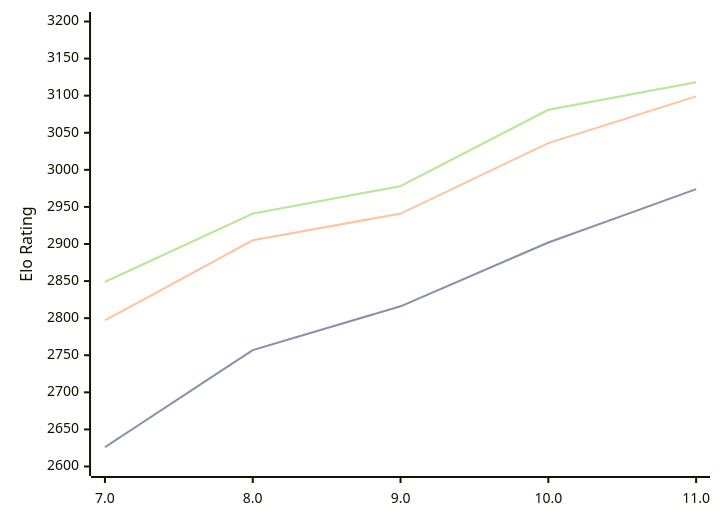
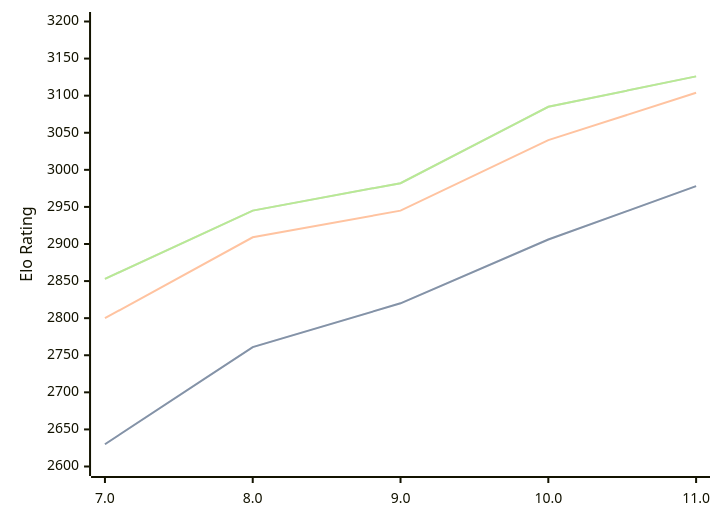
Before and after one commit to computer-chess-index/cci: the diagram in engines/Tcheran.md, drawn with Mermaid. The commit also changed other lines of this file, not shown here.

Commit message:
Update CCI Ratings (ELO VLTC) - 2026-02-24

````diff
--- a/engines/Tcheran.md
+++ b/engines/Tcheran.md
@@ -46,11 +46,11 @@
 ```mermaid
 %%{init: {"theme":"base","themeVariables":{"seriesColors:['#a3a3a3','#222221','#faa371']}}}%%
 xychart-beta
   x-axis ["7.0", "8.0", "9.0", "10.0", "11.0"]
   y-axis "Elo Rating" 2600 --> 3200
-  line "STC (8.0+0.08s)" [2626, 2757, 2816, 2902, 2974]
-  line "STC (8.0+0.08s)" [2626, 2757, 2816, 2902, 2974]
-  line "LTC (60.0+0.60s)" [2797, 2905, 2941, 3036, 3099]
-  line "VLTC (2m24s+1.12s)" [2849, 2941, 2978, 3081, 3118]
-  line "VLTC (2m24s+1.12s)" [2849, 2941, 2978, 3081, 3118]
+  line "STC (8.0+0.08s)" [2630, 2761, 2820, 2906, 2978]
+  line "STC (8.0+0.08s)" [2630, 2761, 2820, 2906, 2978]
+  line "LTC (60.0+0.60s)" [2800, 2909, 2945, 3040, 3104]
+  line "VLTC (2m24s+1.12s)" [2853, 2945, 2982, 3085, 3126]
+  line "VLTC (2m24s+1.12s)" [2853, 2945, 2982, 3085, 3126]
 ```
````
